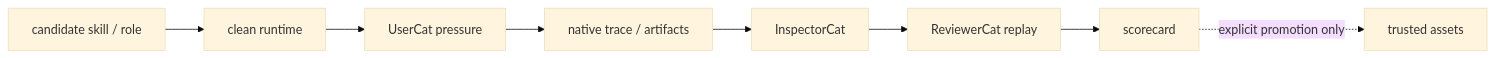
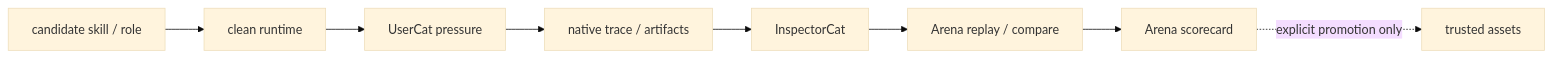
Before and after one commit to fightheyyy/XiaoBa-CLI: the diagram in docs/arena/PLAN.md, drawn with Mermaid (base theme). The commit also changed other lines of this file and 103 other files, not shown here.

````diff
--- a/docs/arena/PLAN.md
+++ b/docs/arena/PLAN.md
@@ -19,10 +22,10 @@
 ```mermaid
 flowchart LR
     Subject["candidate skill / role"] --> Clean["clean runtime"]
     Clean --> User["UserCat pressure"]
     User --> Evidence["native trace / artifacts"]
     Evidence --> Inspector["InspectorCat"]
-    Inspector --> Reviewer["ReviewerCat replay"]
-    Reviewer --> Score["scorecard"]
+    Inspector --> Replay["Arena replay / compare"]
+    Replay --> Score["Arena scorecard"]
     Score -. "explicit promotion only" .-> Trusted["trusted assets"]
 ```
````
